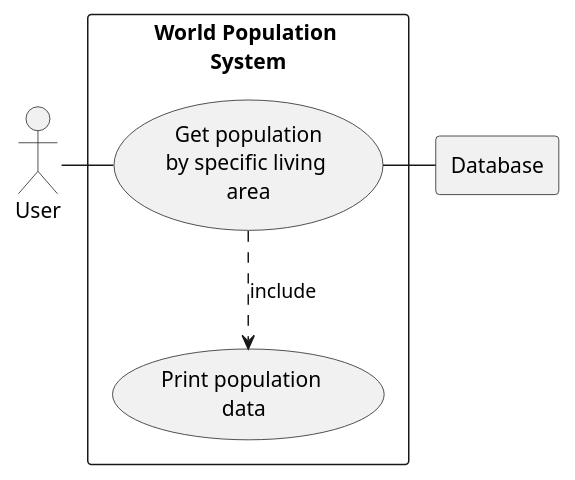
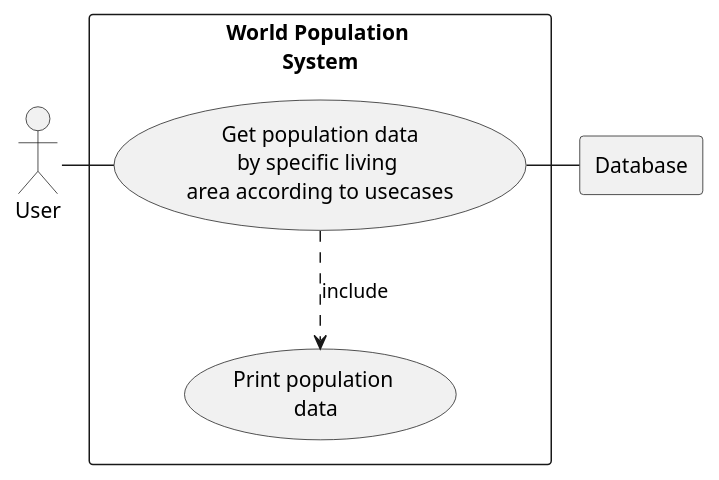
The diagram in use-cases/World Population System.puml (zawye-imu/nproject-9), drawn with PlantUML before and after one commit.

Commit message:
Use-case diagram update.

```diff
--- a/use-cases/World Population System.puml
+++ b/use-cases/World Population System.puml
@@ -1,16 +1,16 @@
 @startuml
 actor HR as "User"
 
 rectangle Database
 
 rectangle "World Population \nSystem" {
-    usecase UC4 as "Get population
-    by specific living \narea"
+    usecase UC4 as "Get population data
+    by specific living \narea according to usecases"
 
     usecase UCa as "Print population \ndata"
 
     HR - UC4
     UC4 ..> UCa : include
     UC4 - Database
 }
 @enduml
```
